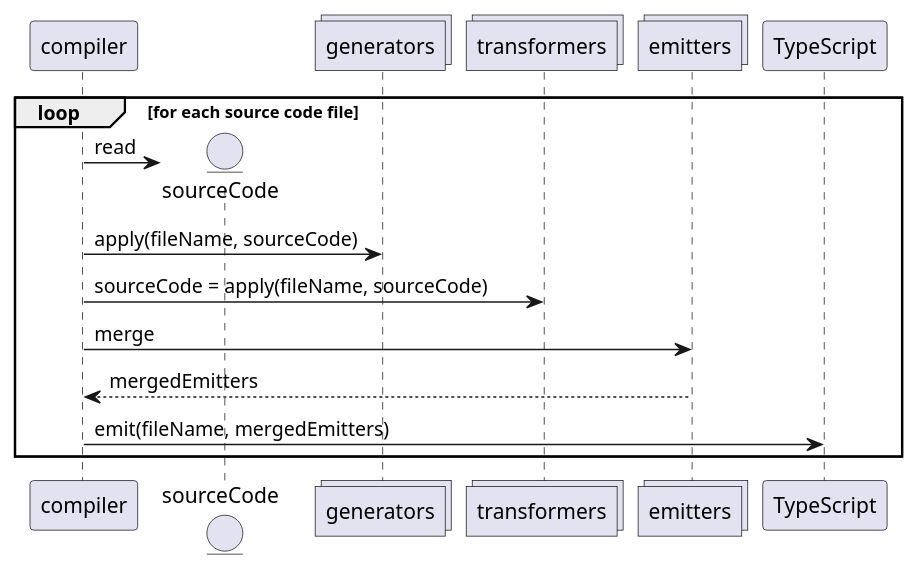
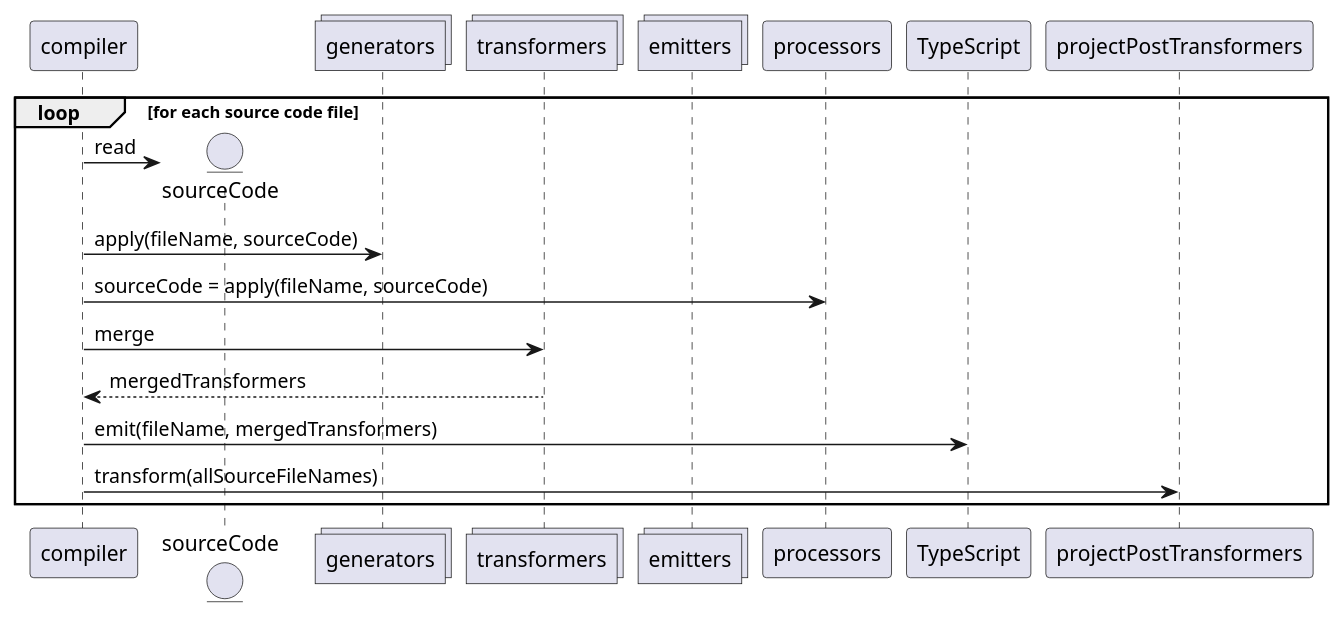
One commit to quatico-solutions/websmith changed the diagram in packages/compiler/docs/write-your-own-addon.md. Above: the diagram before and after it, drawn with PlantUML. The commit also changed other lines of this file and 1 other file, not shown here.

````diff
--- a/packages/compiler/docs/write-your-own-addon.md
+++ b/packages/compiler/docs/write-your-own-addon.md
@@ -42,18 +44,19 @@
 ```plantuml
 @startuml
 participant compiler
 entity sourceCode
 collections generators
 collections transformers
 collections emitters
 loop for each source code file
     create sourceCode
     compiler -> sourceCode: read
     compiler -> generators: apply(fileName, sourceCode)
-    compiler -> transformers: sourceCode = apply(fileName, sourceCode)
-    compiler -> emitters: merge
-    emitters --> compiler: mergedEmitters
-    compiler -> TypeScript: emit(fileName, mergedEmitters)
+    compiler -> processors: sourceCode = apply(fileName, sourceCode)
+    compiler -> transformers: merge
+    transformers --> compiler: mergedTransformers
+    compiler -> TypeScript: emit(fileName, mergedTransformers)
+    compiler -> projectPostTransformers: transform(allSourceFileNames)
 end
 @enduml
 ```
````
